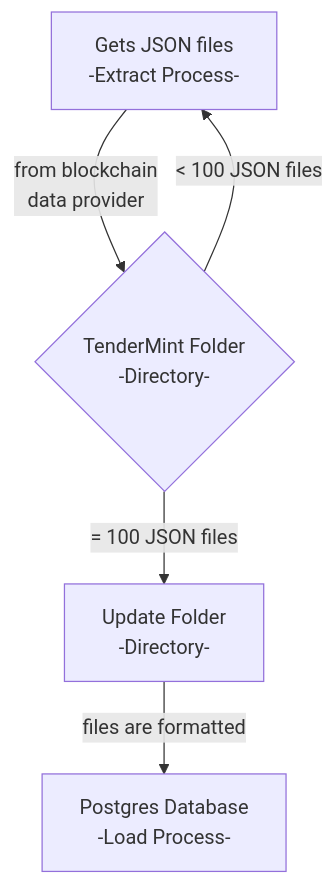
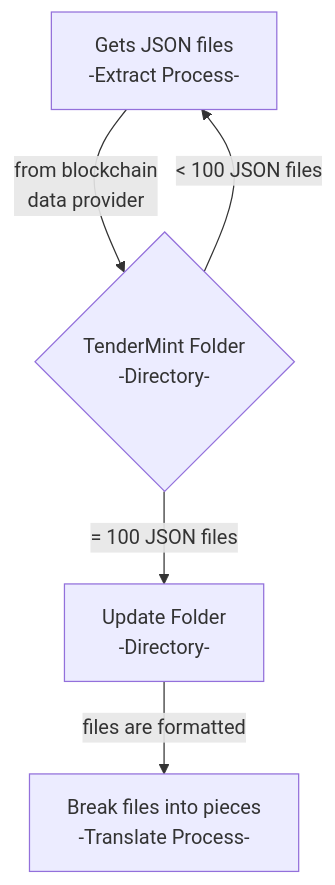
Before and after one commit to patmcfarland/one: the diagram in README.md, drawn with Mermaid.

````diff
--- a/README.md
+++ b/README.md
@@ -1,10 +1,10 @@
 ```mermaid
 flowchart TD
 A[Gets JSON files<br>-Extract Process-]
 A -- from blockchain<br>data provider --> B
 B{TenderMint Folder<br>-Directory-}
 B -- = 100 JSON files --> C[Update Folder<br>-Directory-]
 B -- < 100 JSON files --> A
 C -- files are formatted --> D
-D[Postgres Database<br>-Load Process-]
+D[Break files into pieces<br>-Translate Process-]
 ```
````
